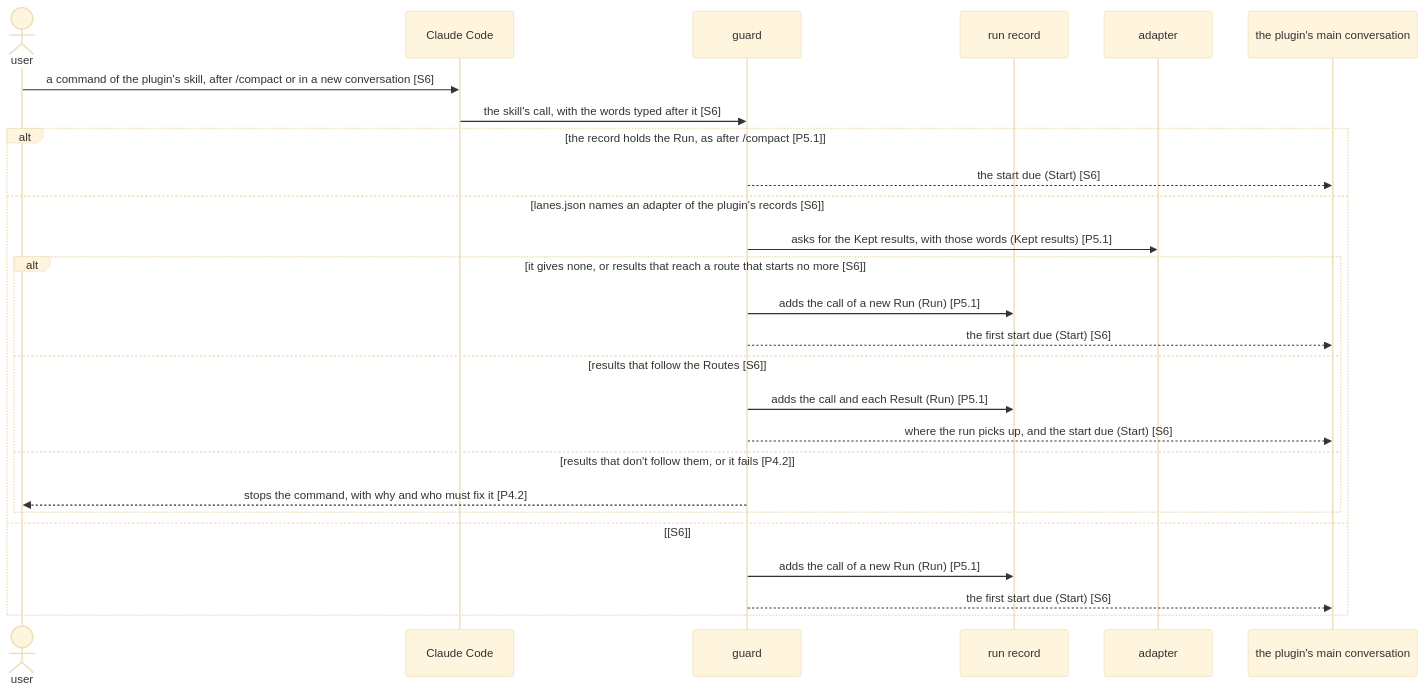
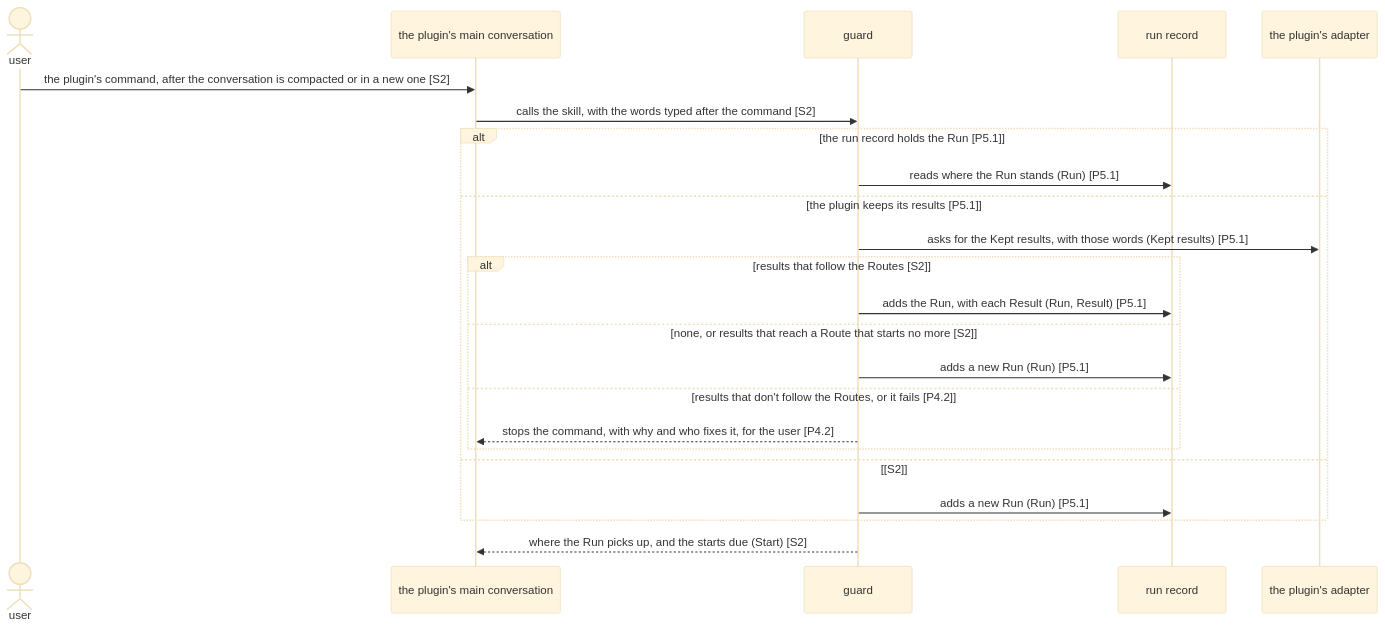
Before and after one commit to lovaizu/ccpm: the second of 2 diagrams in dev/lane/architecture.md, drawn with Mermaid (base theme). The commit also changed other lines of this file and 3 other files, not shown here.

````diff
--- a/dev/lane/architecture.md
+++ b/dev/lane/architecture.md
@@ -486,28 +218,25 @@
 ```mermaid
 sequenceDiagram
   actor U as user
-  participant CC as Claude Code
+  participant M as the plugin's main conversation
   participant G as guard
-  participant RS as run record
-  participant A as adapter
-  participant M as the plugin's main conversation
-  U->>CC: a command of the plugin's skill, after /compact or in a new conversation [S6]
-  CC->>G: the skill's call, with the words typed after it [S6]
-  alt the record holds the Run, as after /compact [P5.1]
-    G-->>M: the start due (Start) [S6]
-  else lanes.json names an adapter of the plugin's records [S6]
+  participant RR as run record
+  participant A as the plugin's adapter
+  U->>M: the plugin's command, after the conversation is compacted or in a new one [S2]
+  M->>G: calls the skill, with the words typed after the command [S2]
+  alt the run record holds the Run [P5.1]
+    G->>RR: reads where the Run stands (Run) [P5.1]
+  else the plugin keeps its results [P5.1]
     G->>A: asks for the Kept results, with those words (Kept results) [P5.1]
-    alt it gives none, or results that reach a route that starts no more [S6]
-      G->>RS: adds the call of a new Run (Run) [P5.1]
-      G-->>M: the first start due (Start) [S6]
-    else results that follow the Routes [S6]
-      G->>RS: adds the call and each Result (Run) [P5.1]
-      G-->>M: where the run picks up, and the start due (Start) [S6]
-    else results that don't follow them, or it fails [P4.2]
-      G-->>U: stops the command, with why and who must fix it [P4.2]
+    alt results that follow the Routes [S2]
+      G->>RR: adds the Run, with each Result (Run, Result) [P5.1]
+    else none, or results that reach a Route that starts no more [S2]
+      G->>RR: adds a new Run (Run) [P5.1]
+    else results that don't follow the Routes, or it fails [P4.2]
+      G-->>M: stops the command, with why and who fixes it, for the user [P4.2]
     end
-  else [S6]
-    G->>RS: adds the call of a new Run (Run) [P5.1]
-    G-->>M: the first start due (Start) [S6]
+  else [S2]
+    G->>RR: adds a new Run (Run) [P5.1]
   end
+  G-->>M: where the Run picks up, and the starts due (Start) [S2]
 ```
````
